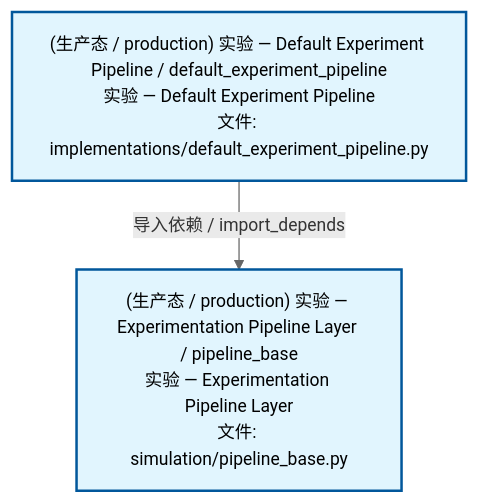
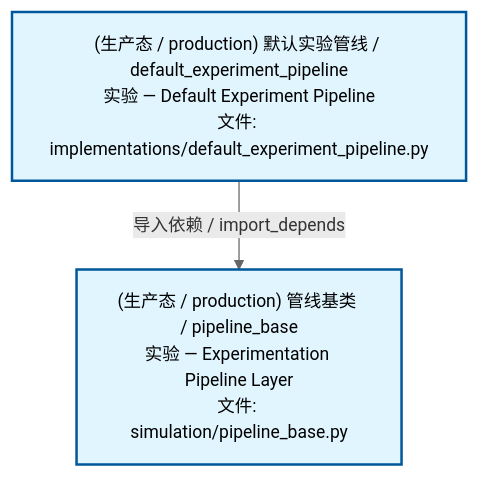
Before and after one commit to xuanFelixVan/ZephyrAlpha: the second of 4 diagrams in docs/02_enterprise_architecture/02_domain_architecture_docs/70_d_simulation.md, drawn with Mermaid. The commit also changed other lines of this file and 50 other files, not shown here.

````diff
--- a/docs/02_enterprise_architecture/02_domain_architecture_docs/70_d_simulation.md
+++ b/docs/02_enterprise_architecture/02_domain_architecture_docs/70_d_simulation.md
@@ -95,12 +95,12 @@
 ```mermaid
 %%{init: {'theme': 'base', 'themeVariables': {'primaryColor': '#eaeaea', 'primaryTextColor': '#333333', 'primaryBorderColor': '#666666', 'lineColor': '#666666', 'secondaryColor': '#eaeaea', 'tertiaryColor': '#eaeaea', 'fontSize': '14px'}}}%%
 flowchart TD
-    src_zephyr_simulation_implementations_default_experiment_pipeline_py["(生产态 / production) 实验 — Default Experiment Pipeline / default_experiment_pipeline<br/>实验 — Default Experiment Pipeline<br/>文件: implementations/default_experiment_pipeline.py"]
-    src_zephyr_simulation_pipeline_base_py["(生产态 / production) 实验 — Experimentation Pipeline Layer / pipeline_base<br/>实验 — Experimentation Pipeline Layer<br/>文件: simulation/pipeline_base.py"]
+    src_zephyr_simulation_implementations_default_experiment_pipeline_py["(生产态 / production) 默认实验管线 / default_experiment_pipeline<br/>实验 — Default Experiment Pipeline<br/>文件: implementations/default_experiment_pipeline.py"]
+    src_zephyr_simulation_pipeline_base_py["(生产态 / production) 管线基类 / pipeline_base<br/>实验 — Experimentation Pipeline Layer<br/>文件: simulation/pipeline_base.py"]
     src_zephyr_simulation_implementations_default_experiment_pipeline_py -->|导入依赖 / import_depends| src_zephyr_simulation_pipeline_base_py
     classDef production fill:#e1f5fe,stroke:#01579b,stroke-width:2px,color:#000
     classDef design fill:#fff3e0,stroke:#e65100,stroke-width:2px,color:#000,stroke-dasharray: 5 5
     classDef external_prod fill:#e8f4fd,stroke:#0277bd,stroke-width:1px,color:#000
     classDef external_design fill:#fff8e7,stroke:#ef6c00,stroke-width:1px,color:#000,stroke-dasharray: 5 5
     class src_zephyr_simulation_implementations_default_experiment_pipeline_py,src_zephyr_simulation_pipeline_base_py production
 ```
````
